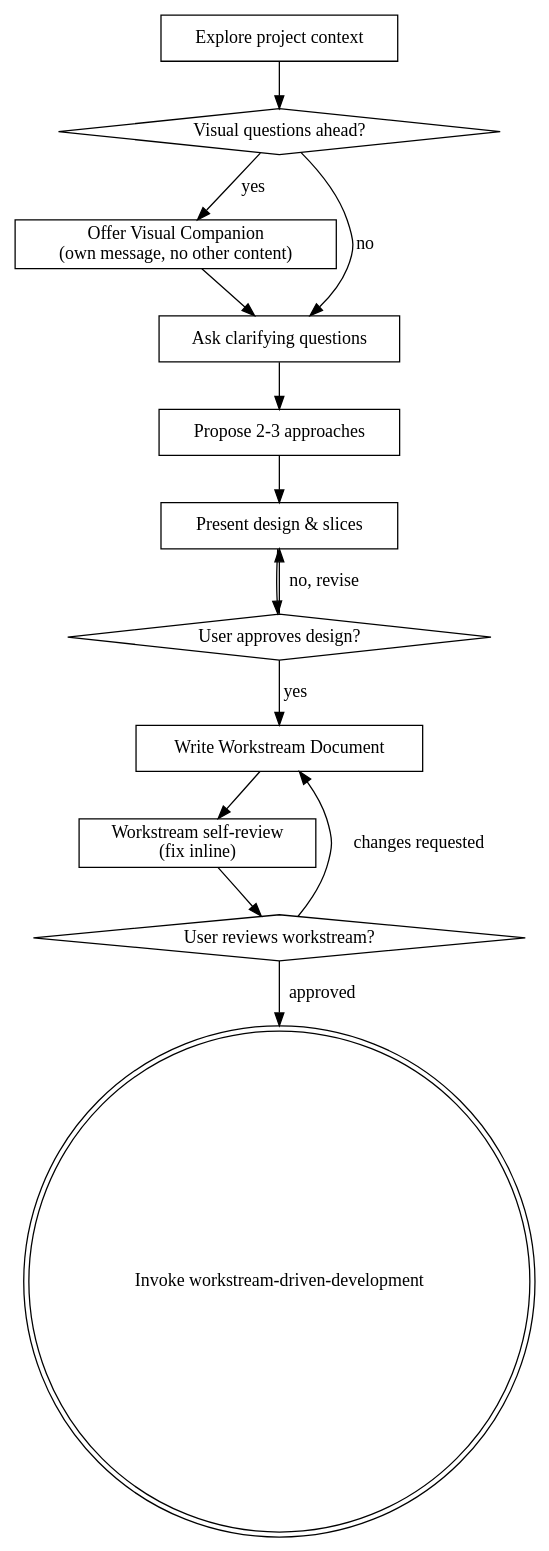
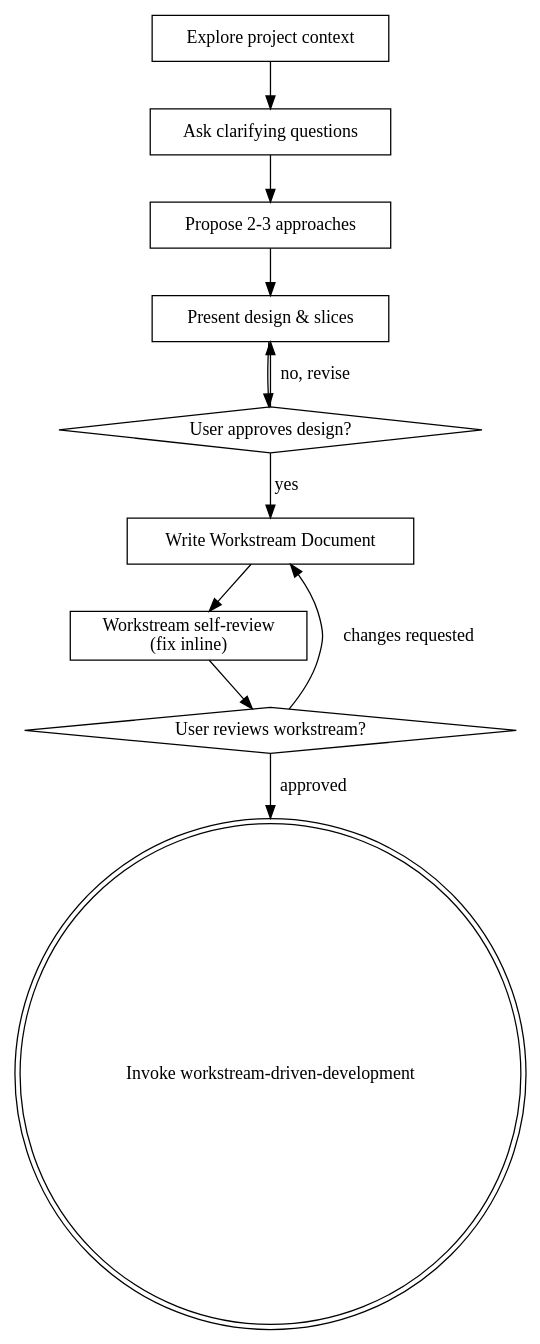
Before and after one commit to dtbndr/sturdy-palm-tree: the diagram in .agents/skills/workstream-brainstorming/SKILL.md, drawn with Graphviz. The commit also changed other lines of this file and 7 other files, not shown here.

````diff
--- a/.agents/skills/workstream-brainstorming/SKILL.md
+++ b/.agents/skills/workstream-brainstorming/SKILL.md
@@ -47,29 +51,24 @@
 ```dot
 digraph workstream_brainstorming {
     "Explore project context" [shape=box];
-    "Visual questions ahead?" [shape=diamond];
-    "Offer Visual Companion\n(own message, no other content)" [shape=box];
     "Ask clarifying questions" [shape=box];
     "Propose 2-3 approaches" [shape=box];
     "Present design & slices" [shape=box];
     "User approves design?" [shape=diamond];
     "Write Workstream Document" [shape=box];
     "Workstream self-review\n(fix inline)" [shape=box];
     "User reviews workstream?" [shape=diamond];
     "Invoke workstream-driven-development" [shape=doublecircle];
 
-    "Explore project context" -> "Visual questions ahead?";
-    "Visual questions ahead?" -> "Offer Visual Companion\n(own message, no other content)" [label="yes"];
-    "Visual questions ahead?" -> "Ask clarifying questions" [label="no"];
-    "Offer Visual Companion\n(own message, no other content)" -> "Ask clarifying questions";
+    "Explore project context" -> "Ask clarifying questions";
     "Ask clarifying questions" -> "Propose 2-3 approaches";
     "Propose 2-3 approaches" -> "Present design & slices";
     "Present design & slices" -> "User approves design?";
     "User approves design?" -> "Present design & slices" [label="no, revise"];
     "User approves design?" -> "Write Workstream Document" [label="yes"];
     "Write Workstream Document" -> "Workstream self-review\n(fix inline)";
     "Workstream self-review\n(fix inline)" -> "User reviews workstream?";
     "User reviews workstream?" -> "Write Workstream Document" [label="changes requested"];
     "User reviews workstream?" -> "Invoke workstream-driven-development" [label="approved"];
 }
 ```
````
